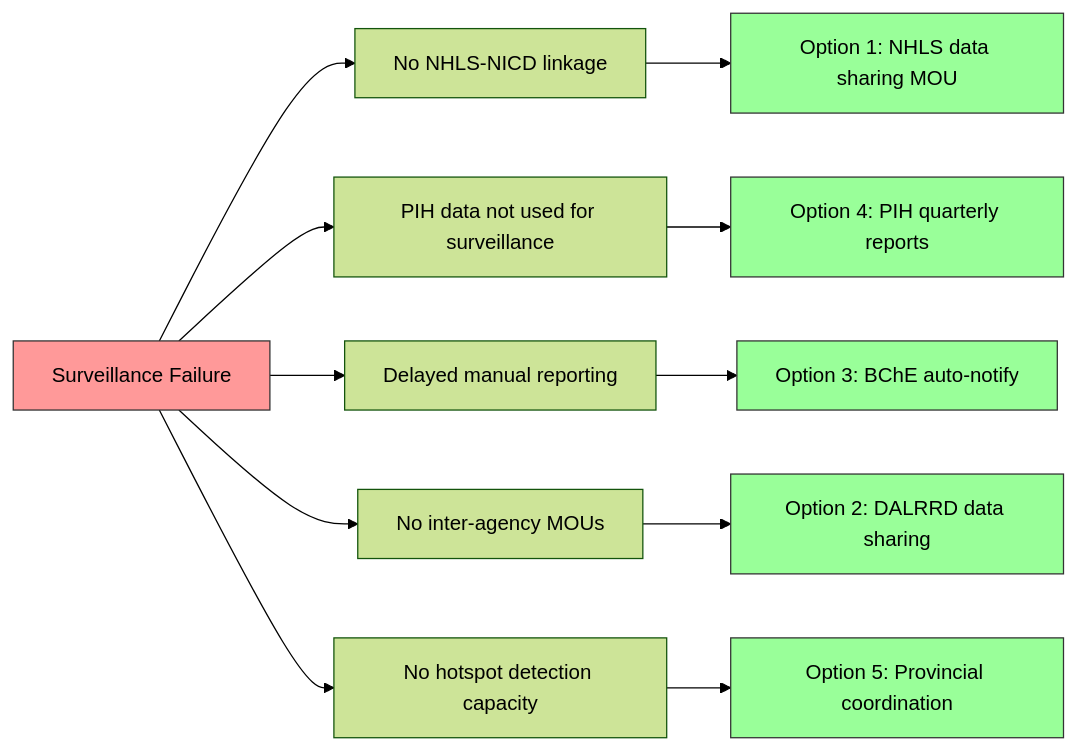
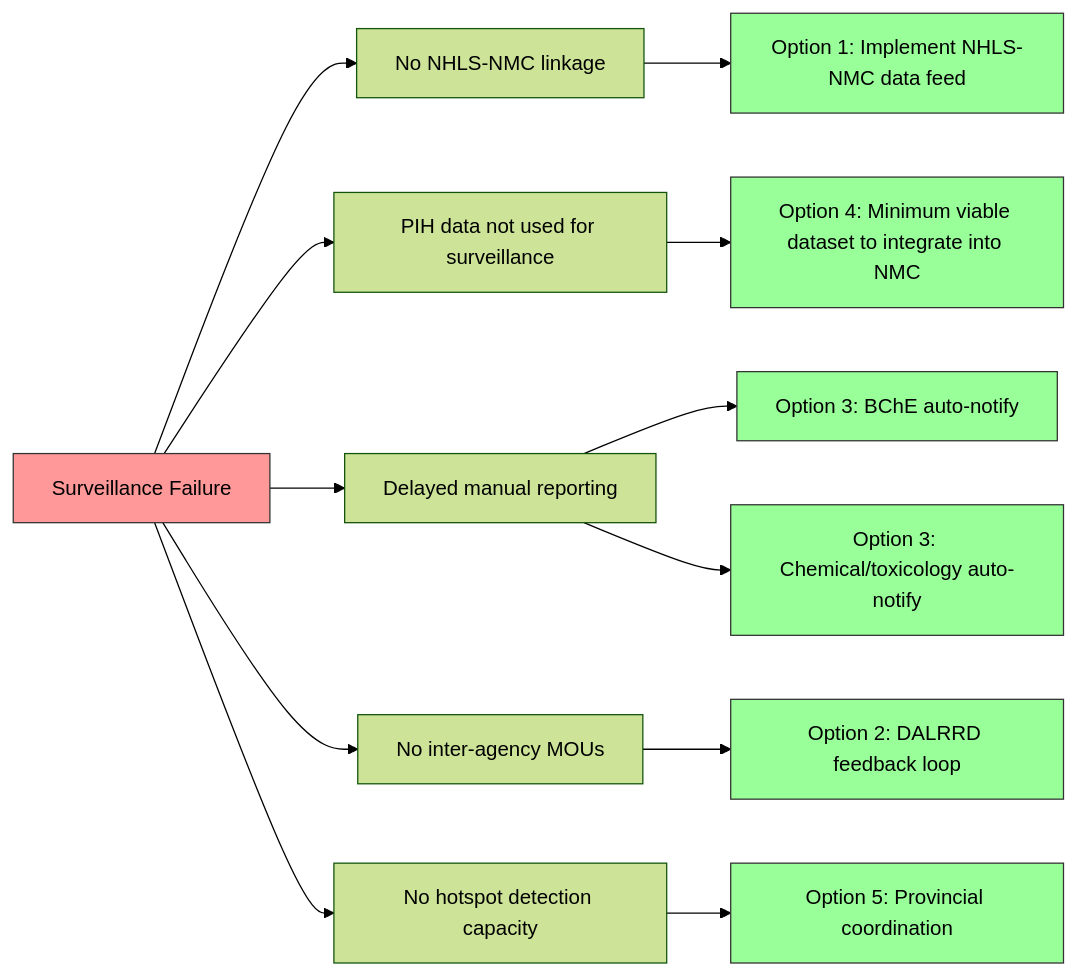
The second of 4 diagrams in posts/policy_brief.qmd (bridaybrummer/D2P_project), drawn with Mermaid (forest theme) before and after one commit. The commit also changed other lines of this file and 2 other files, not shown here.

Commit message:
Policy brief: add status-quo NMC-EHP-DALRRD fragmented flow + closed feedback-loop figures

````diff
--- a/posts/policy_brief.qmd
+++ b/posts/policy_brief.qmd
@@ -63,23 +91,25 @@
 ```{mermaid}
 %%| label: fig-fishbone
 %%| fig-cap: "Root causes of surveillance failure and the policy options that address them"
 flowchart LR
-    A[Surveillance Failure] --> B[No NHLS-NICD linkage]
+    A[Surveillance Failure] --> B[No NHLS-NMC linkage]
     A --> C[PIH data not used for surveillance]
     A --> D[Delayed manual reporting]
     A --> E[No inter-agency MOUs]
     A --> F[No hotspot detection capacity]
     
-    B --> G[Option 1: NHLS data sharing MOU]
-    C --> H[Option 4: PIH quarterly reports]
+    B --> G[Option 1: Implement NHLS-NMC data feed]
+    C --> H[Option 4: Minimum viable dataset to integrate into NMC]
     D --> I[Option 3: BChE auto-notify]
-    E --> J[Option 2: DALRRD data sharing]
-    F --> K[Option 5: Provincial coordination]
+    D --> J[Option 3: Chemical/toxicology auto-notify]
+    E --> K[Option 2: DALRRD feedback loop]
+    F --> L[Option 5: Provincial coordination]
     
     style A fill:#f99,stroke:#333
     style G fill:#9f9,stroke:#333
     style H fill:#9f9,stroke:#333
     style I fill:#9f9,stroke:#333
     style J fill:#9f9,stroke:#333
     style K fill:#9f9,stroke:#333
+    style L fill:#9f9,stroke:#333
 ```
````
